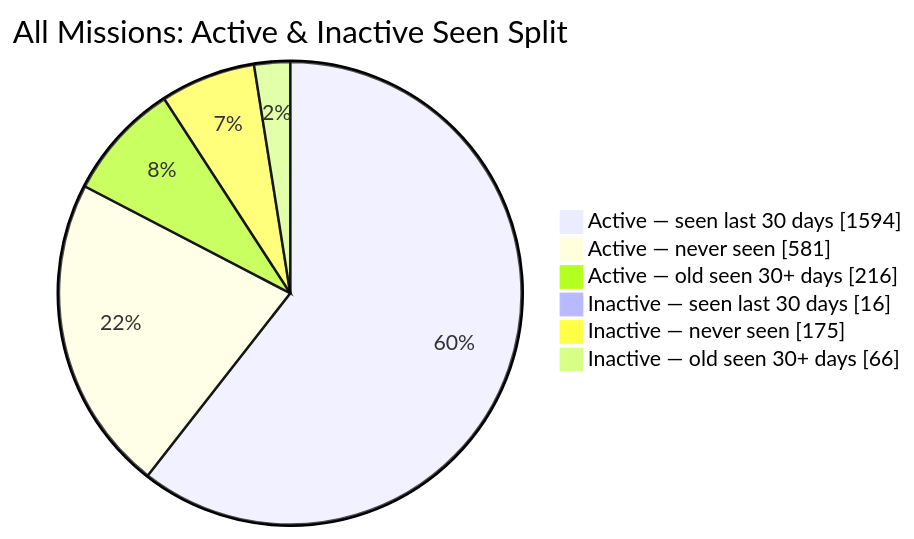
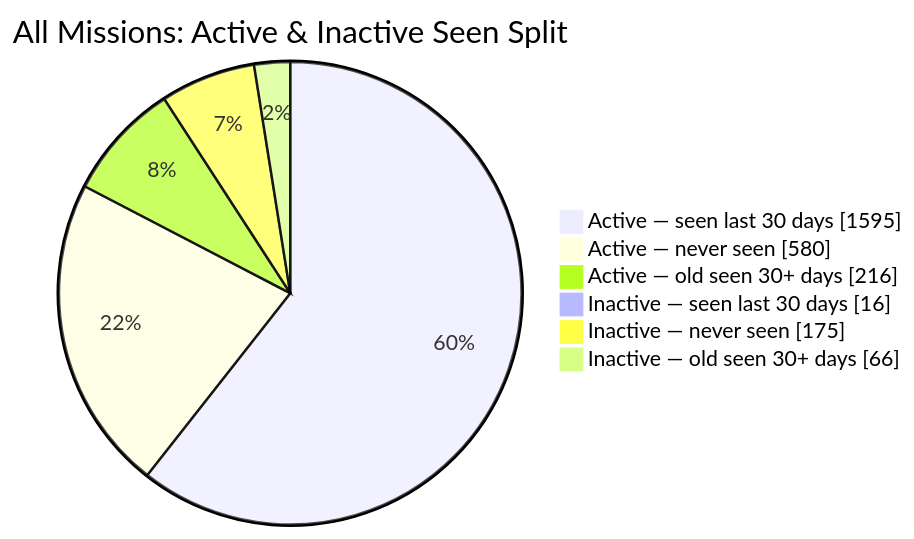
Before and after one commit to MeldkamerspelGameTeam/active-missions: the second of 2 diagrams in README.md, drawn with Mermaid. The commit also changed other lines of this file and 3 other files, not shown here.

````diff
--- a/README.md
+++ b/README.md
@@ -44,10 +44,10 @@
 ```mermaid
 pie showData
     title All Missions: Active & Inactive Seen Split
-    "Active — seen last 30 days" : 1594
-    "Active — never seen" : 581
+    "Active — seen last 30 days" : 1595
+    "Active — never seen" : 580
     "Active — old seen 30+ days" : 216
     "Inactive — seen last 30 days" : 16
     "Inactive — never seen" : 175
     "Inactive — old seen 30+ days" : 66
 ```
````
